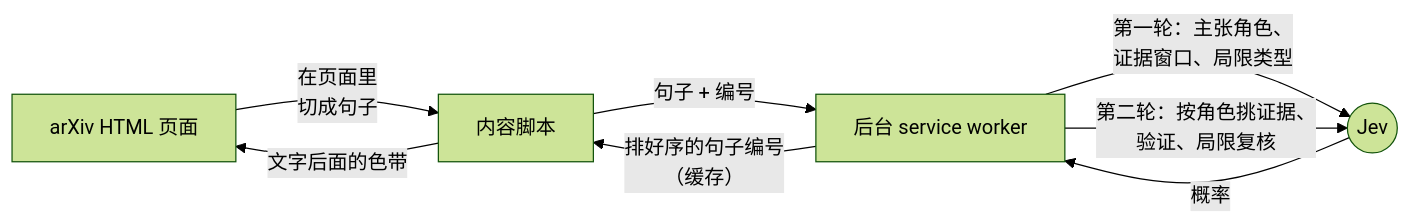
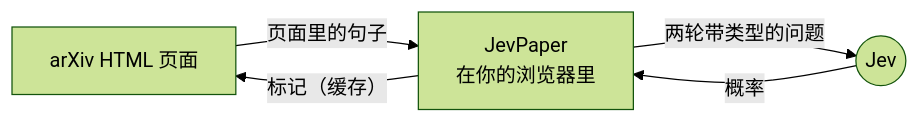
One commit to SRjoeee/jev-paper changed the diagram in README.zh-CN.md. Above: the diagram before and after it, drawn with Mermaid (forest theme). The commit also changed 2 other files, not shown here.

Commit message:
Start the demo on a settled frame and simplify the diagram

````diff
--- a/README.zh-CN.md
+++ b/README.zh-CN.md
@@ -109,10 +109,7 @@
 ```mermaid
 flowchart LR
-    P["arXiv HTML 页面"] -->|"在页面里<br/>切成句子"| C["内容脚本"]
-    C -->|"句子 + 编号"| W["后台 service worker"]
-    W -->|"第一轮：主张角色、<br/>证据窗口、局限类型"| J(("Jev"))
-    W -->|"第二轮：按角色挑证据、<br/>验证、局限复核"| J
-    J -->|"概率"| W
-    W -->|"排好序的句子编号<br/>（缓存）"| C
-    C -->|"文字后面的色带"| P
+    P["arXiv HTML 页面"] -->|"页面里的句子"| X["JevPaper<br/>在你的浏览器里"]
+    X -->|"两轮带类型的问题"| J(("Jev"))
+    J -->|"概率"| X
+    X -->|"标记（缓存）"| P
 ```
````
